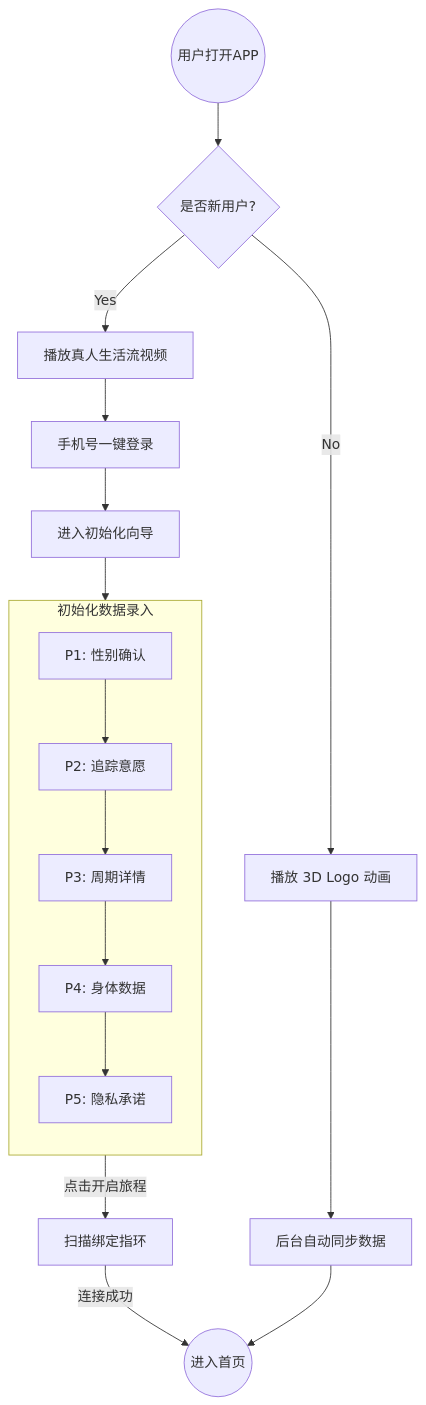
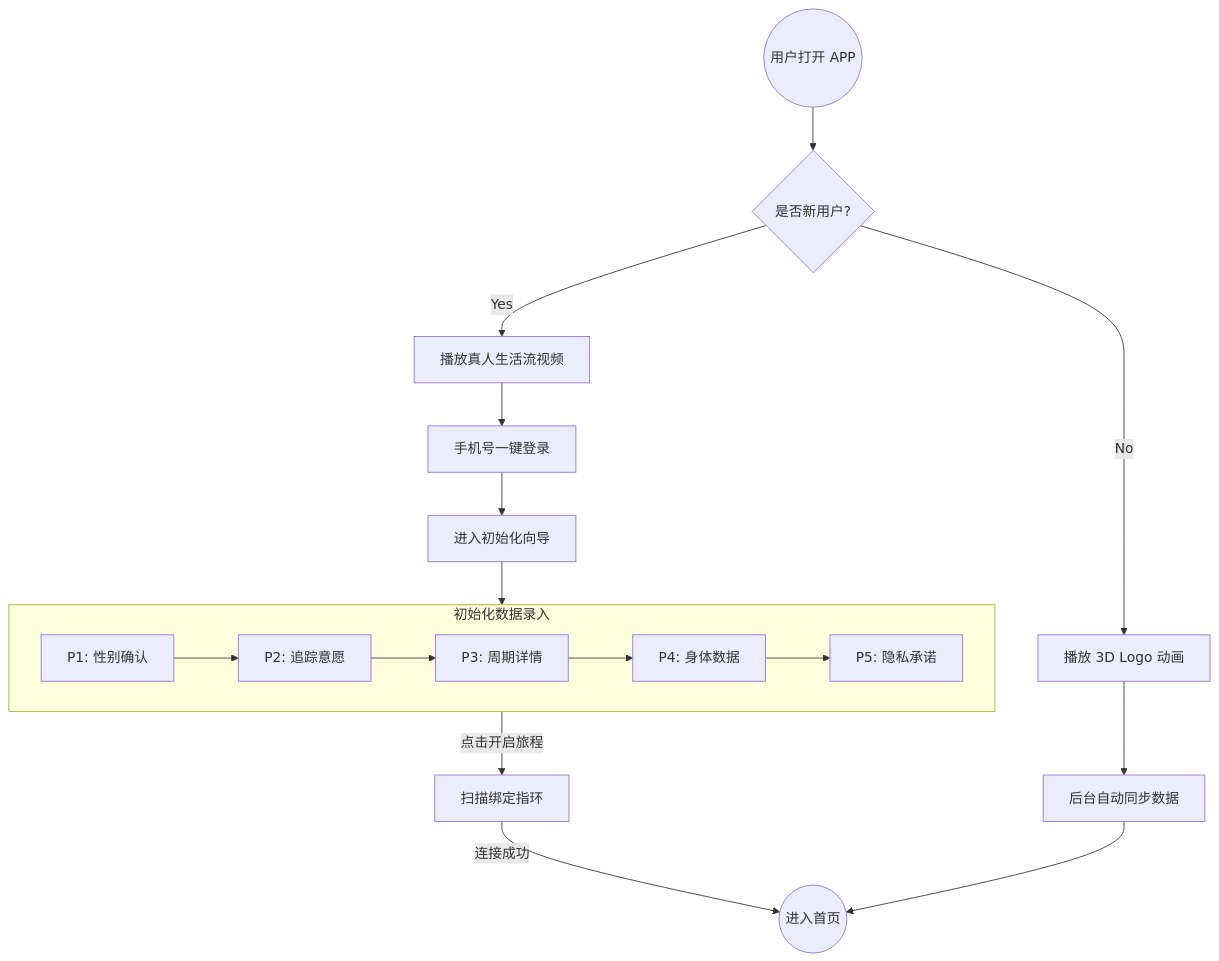
The second of 5 diagrams in system-journey-map.md (pawaovo/herplus), drawn with Mermaid before and after one commit. The commit also changed other lines of this file, not shown here.

Commit message:
fix: 修复 Mermaid 图表语法
为所有 Mermaid 图表添加代码块标记，确保正确渲染

🤖 Generated with [Claude Code](https://claude.com/claude-code)

````diff
--- a/system-journey-map.md
+++ b/system-journey-map.md
@@ -98,26 +98,27 @@
 ```mermaid
 graph TD
-    Start((用户打开APP)) --> IsNew{是否新用户?}
+    Start((用户打开 APP)) --> IsNew{是否新用户?}
     
+
     %% 新用户路径
     IsNew -- Yes --> SplashA[播放真人生活流视频]
     SplashA --> Login[手机号一键登录]
     Login --> WizardStart[进入初始化向导]
     
     subgraph Wizard [初始化数据录入]
-        direction TB
+        direction LR
         P1[P1: 性别确认] --> P2[P2: 追踪意愿]
         P2 --> P3[P3: 周期详情]
         P3 --> P4[P4: 身体数据]
         P4 --> P5[P5: 隐私承诺]
     end
     
-    WizardStart --> P1
-    P5 -->|点击开启旅程| BindRing[扫描绑定指环]
+    WizardStart --> Wizard
+    Wizard -->|点击开启旅程| BindRing[扫描绑定指环]
     BindRing -->|连接成功| Home((进入首页))
     
     %% 老用户路径
     IsNew -- No --> SplashB[播放 3D Logo 动画]
     SplashB --> AutoSync[后台自动同步数据]
     AutoSync --> Home
 ```
````
